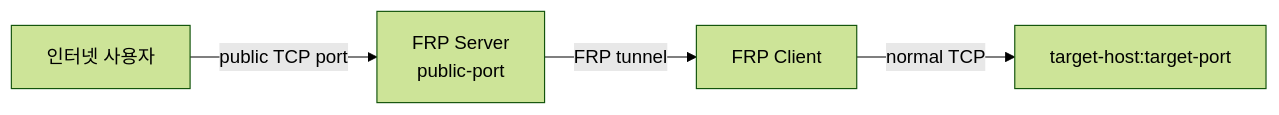
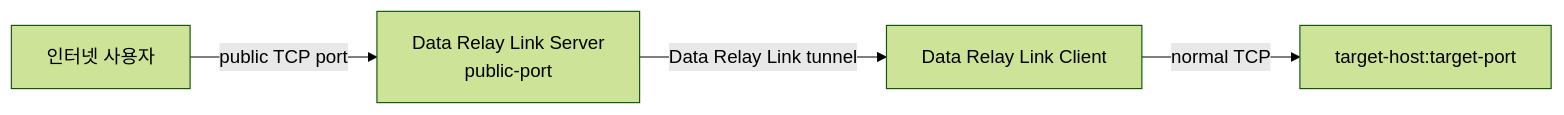
Before and after one commit to datarelay-labs/data-relay-link-docs: the first of 6 diagrams in ko/guides/services.mdx, drawn with Mermaid (forest theme). The commit also changed other lines of this file and 32 other files, not shown here.

````diff
--- a/ko/guides/services.mdx
+++ b/ko/guides/services.mdx
@@ -12,11 +12,11 @@
 ```mermaid
 flowchart LR
     U[인터넷 사용자]
-    S[FRP Server\npublic-port]
-    C[FRP Client]
+    S[Data Relay Link Server\npublic-port]
+    C[Data Relay Link Client]
     T[target-host:target-port]
 
     U -->|public TCP port| S
-    S -->|FRP tunnel| C
+    S -->|Data Relay Link tunnel| C
     C -->|normal TCP| T
 ```
````
